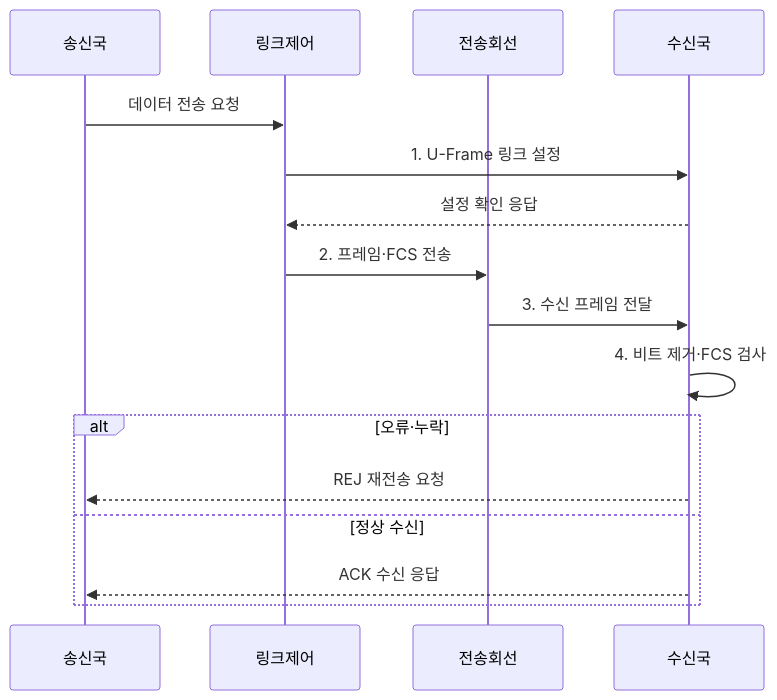
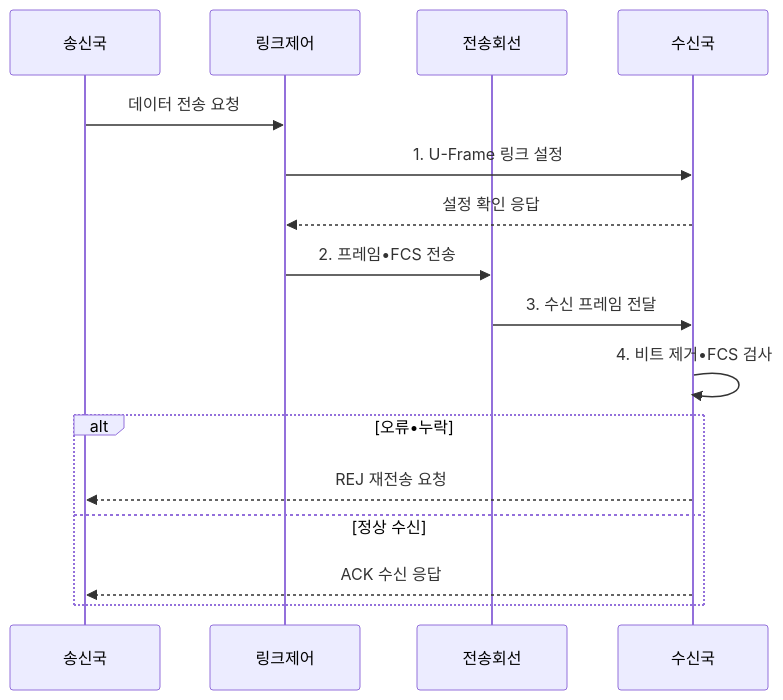
Before and after one commit to agnusdei1207/knowledge-base: the second of 2 diagrams in src/content/docs/notes/04-network/071_hdlc.md, drawn with Mermaid. The commit also changed other lines of this file and 953 other files, not shown here.

````diff
--- a/src/content/docs/notes/04-network/071_hdlc.md
+++ b/src/content/docs/notes/04-network/071_hdlc.md
@@ -100,18 +100,18 @@
 ```mermaid
 sequenceDiagram
     participant 송신국
     participant 링크제어
     participant 전송회선
     participant 수신국
     송신국->>링크제어: 데이터 전송 요청
     링크제어->>수신국: 1. U-Frame 링크 설정
     수신국-->>링크제어: 설정 확인 응답
-    링크제어->>전송회선: 2. 프레임·FCS 전송
+    링크제어->>전송회선: 2. 프레임•FCS 전송
     전송회선->>수신국: 3. 수신 프레임 전달
-    수신국->>수신국: 4. 비트 제거·FCS 검사
-    alt 오류·누락
+    수신국->>수신국: 4. 비트 제거•FCS 검사
+    alt 오류•누락
         수신국-->>송신국: REJ 재전송 요청
     else 정상 수신
         수신국-->>송신국: ACK 수신 응답
     end
 ```
````
